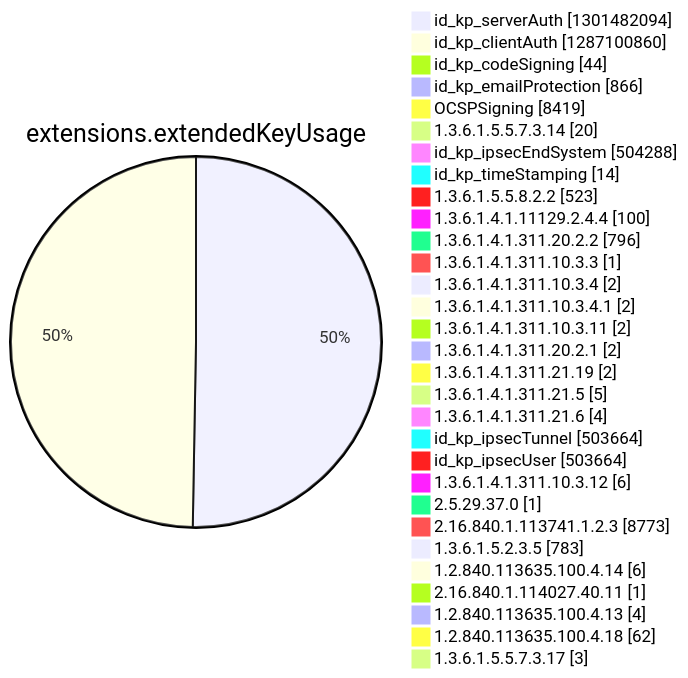
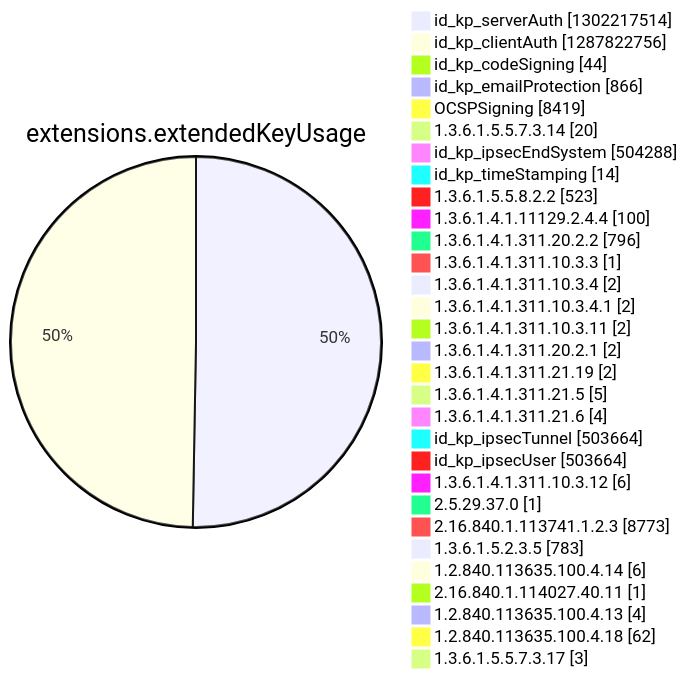
Diagram 12 of 15 in argon2022/README.md (christiankrug/ctmonitor_visualization), drawn with Mermaid before and after one commit. The commit also changed other lines of this file, not shown here.

````diff
--- a/argon2022/README.md
+++ b/argon2022/README.md
@@ -3551,34 +3551,34 @@
 ```mermaid
 pie showData
 title extensions.extendedKeyUsage
-"id_kp_serverAuth" :1301482094
-"id_kp_clientAuth" :1287100860
+"id_kp_serverAuth" :1302217514
+"id_kp_clientAuth" :1287822756
 "id_kp_codeSigning" :44
 "id_kp_emailProtection" :866
 "OCSPSigning" :8419
 "1.3.6.1.5.5.7.3.14" :20
 "id_kp_ipsecEndSystem" :504288
 "id_kp_timeStamping" :14
 "1.3.6.1.5.5.8.2.2" :523
 "1.3.6.1.4.1.11129.2.4.4" :100
 "1.3.6.1.4.1.311.20.2.2" :796
 "1.3.6.1.4.1.311.10.3.3" :1
 "1.3.6.1.4.1.311.10.3.4" :2
 "1.3.6.1.4.1.311.10.3.4.1" :2
 "1.3.6.1.4.1.311.10.3.11" :2
 "1.3.6.1.4.1.311.20.2.1" :2
 "1.3.6.1.4.1.311.21.19" :2
 "1.3.6.1.4.1.311.21.5" :5
 "1.3.6.1.4.1.311.21.6" :4
 "id_kp_ipsecTunnel" :503664
 "id_kp_ipsecUser" :503664
 "1.3.6.1.4.1.311.10.3.12" :6
 "2.5.29.37.0" :1
 "2.16.840.1.113741.1.2.3" :8773
 "1.3.6.1.5.2.3.5" :783
 "1.2.840.113635.100.4.14" :6
 "2.16.840.1.114027.40.11" :1
 "1.2.840.113635.100.4.13" :4
 "1.2.840.113635.100.4.18" :62
 "1.3.6.1.5.5.7.3.17" :3
 ```
````
